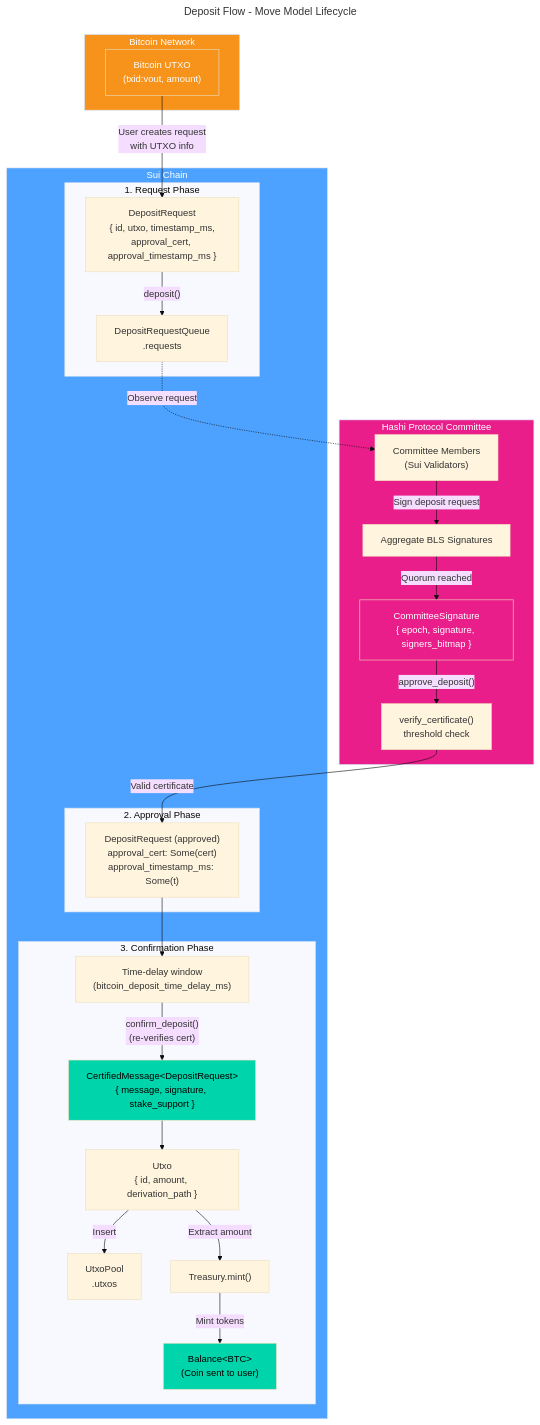
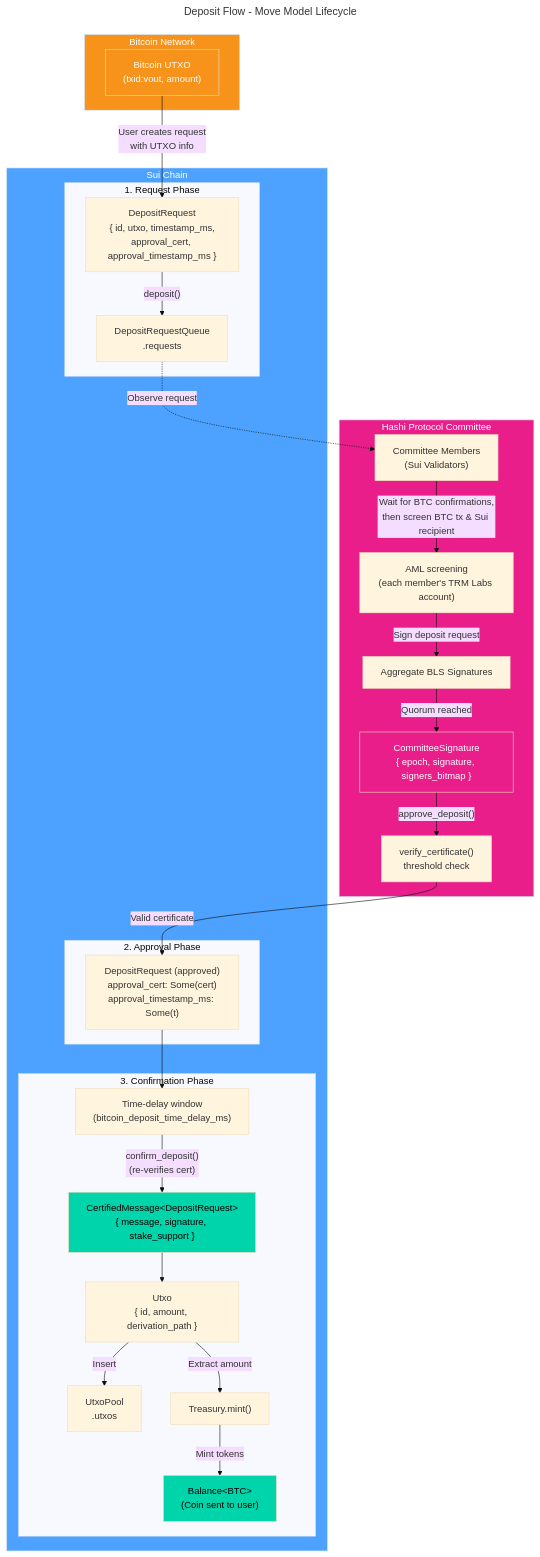
One commit to MystenLabs/hashi changed the first of 2 diagrams in design/docs/move-model-lifecycle.mdx. Above: the diagram before and after it, drawn with Mermaid (base theme). The commit also changed other lines of this file and 4 other files, not shown here.

Commit message:
[docs] Document TRM Labs AML screening (#1186)

````diff
--- a/design/docs/move-model-lifecycle.mdx
+++ b/design/docs/move-model-lifecycle.mdx
@@ -65,58 +65,60 @@
 ```mermaid
 ---
 title: Deposit Flow - Move Model Lifecycle
 ---
 flowchart TD
     subgraph Bitcoin["Bitcoin Network"]
         BTC_UTXO["Bitcoin UTXO<br/>(txid:vout, amount)"]
     end
 
     subgraph Committee["Hashi Protocol Committee"]
         MEMBERS["Committee Members<br/>(Sui Validators)"]
+        SCREEN["AML screening<br/>(each member's TRM Labs account)"]
         SIGN["Aggregate BLS Signatures"]
         CERT["CommitteeSignature<br/>{ epoch, signature, signers_bitmap }"]
         VERIFY["verify_certificate()<br/>threshold check"]
     end
 
     subgraph Sui["Sui Chain"]
         subgraph DepositPhase["1. Request Phase"]
             DR["DepositRequest<br/>{ id, utxo, timestamp_ms,<br/>approval_cert, approval_timestamp_ms }"]
             DRQ["DepositRequestQueue<br/>.requests"]
         end
 
         subgraph ApprovePhase["2. Approval Phase"]
             APPROVED["DepositRequest (approved)<br/>approval_cert: Some(cert)<br/>approval_timestamp_ms: Some(t)"]
         end
 
         subgraph ConfirmPhase["3. Confirmation Phase"]
             DELAY["Time-delay window<br/>(bitcoin_deposit_time_delay_ms)"]
             CERTIFIED["CertifiedMessage&lt;DepositRequest&gt;<br/>{ message, signature, stake_support }"]
             UTXO["Utxo<br/>{ id, amount, derivation_path }"]
             POOL["UtxoPool<br/>.utxos"]
             MINT["Treasury.mint()"]
             BAL["Balance&lt;BTC&gt;<br/>(Coin sent to user)"]
         end
     end
 
     BTC_UTXO -->|"User creates request<br/>with UTXO info"| DR
     DR -->|"deposit()"| DRQ
     DRQ -.->|"Observe request"| MEMBERS
-    MEMBERS -->|"Sign deposit request"| SIGN
+    MEMBERS -->|"Wait for BTC confirmations,<br/>then screen BTC tx & Sui recipient"| SCREEN
+    SCREEN -->|"Sign deposit request"| SIGN
     SIGN -->|"Quorum reached"| CERT
     CERT -->|"approve_deposit()"| VERIFY
     VERIFY -->|"Valid certificate"| APPROVED
     APPROVED --> DELAY
     DELAY -->|"confirm_deposit()<br/>(re-verifies cert)"| CERTIFIED
     CERTIFIED --> UTXO
     UTXO -->|"Insert"| POOL
     UTXO -->|"Extract amount"| MINT
     MINT -->|"Mint tokens"| BAL
 
     style Bitcoin fill:#f7931a,color:#fff
     style Committee fill:#E91E8A,color:#fff
     style Sui fill:#4da2ff,color:#fff
     style BAL fill:#00d4aa,color:#000
     style BTC_UTXO fill:#f7931a,color:#fff
     style CERT fill:#E91E8A,color:#fff
     style CERTIFIED fill:#00d4aa,color:#000
 ```
````
